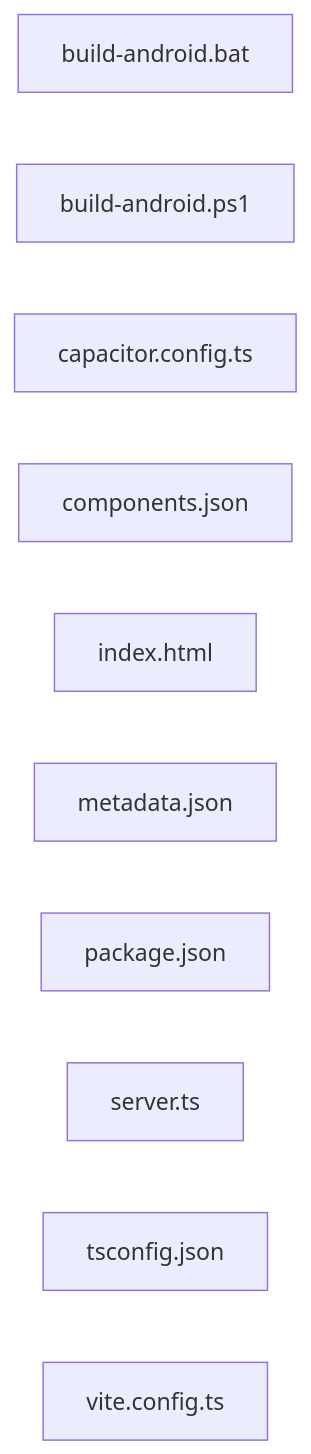
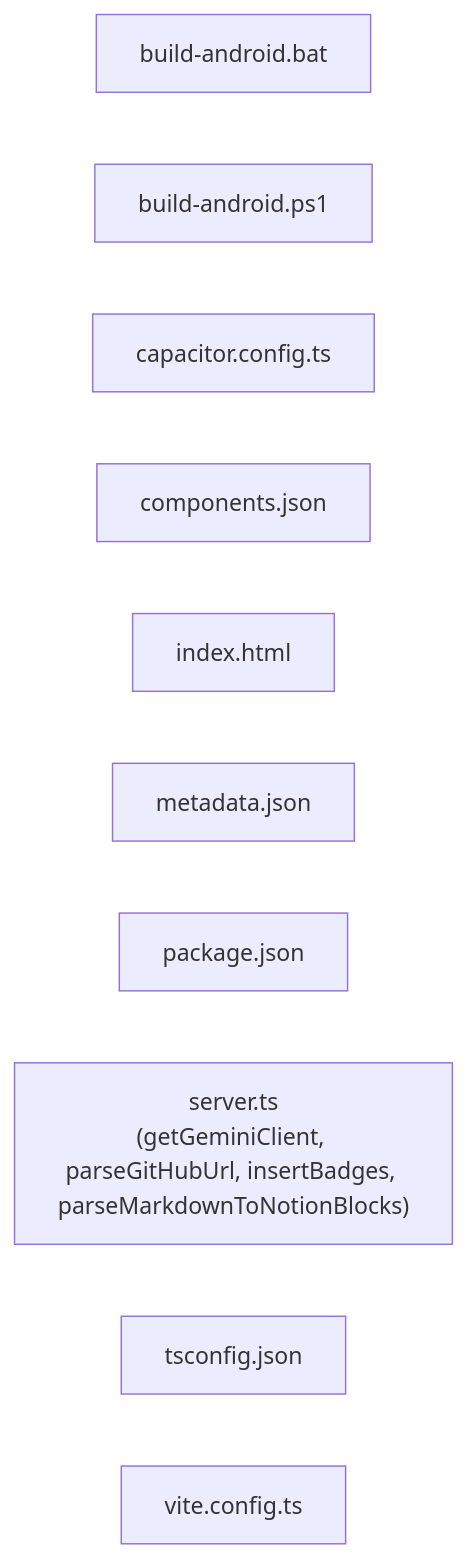
The diagram in _docs/README.md (CassieMarie0728/void-repo-docs), drawn with Mermaid before and after one commit. The commit also changed other lines of this file and 1 other file, not shown here.

````diff
--- a/_docs/README.md
+++ b/_docs/README.md
@@ -14,13 +12,13 @@
 ```mermaid
 flowchart LR
 build_android_bat["build-android.bat"]
 build_android_ps1["build-android.ps1"]
 capacitor_config_ts["capacitor.config.ts"]
 components_json["components.json"]
 index_html["index.html"]
 metadata_json["metadata.json"]
 package_json["package.json"]
-server_ts["server.ts"]
+server_ts["server.ts\n(getGeminiClient, parseGitHubUrl, insertBadges, parseMarkdownToNotionBlocks)"]
 tsconfig_json["tsconfig.json"]
 vite_config_ts["vite.config.ts"]
 ```
````
